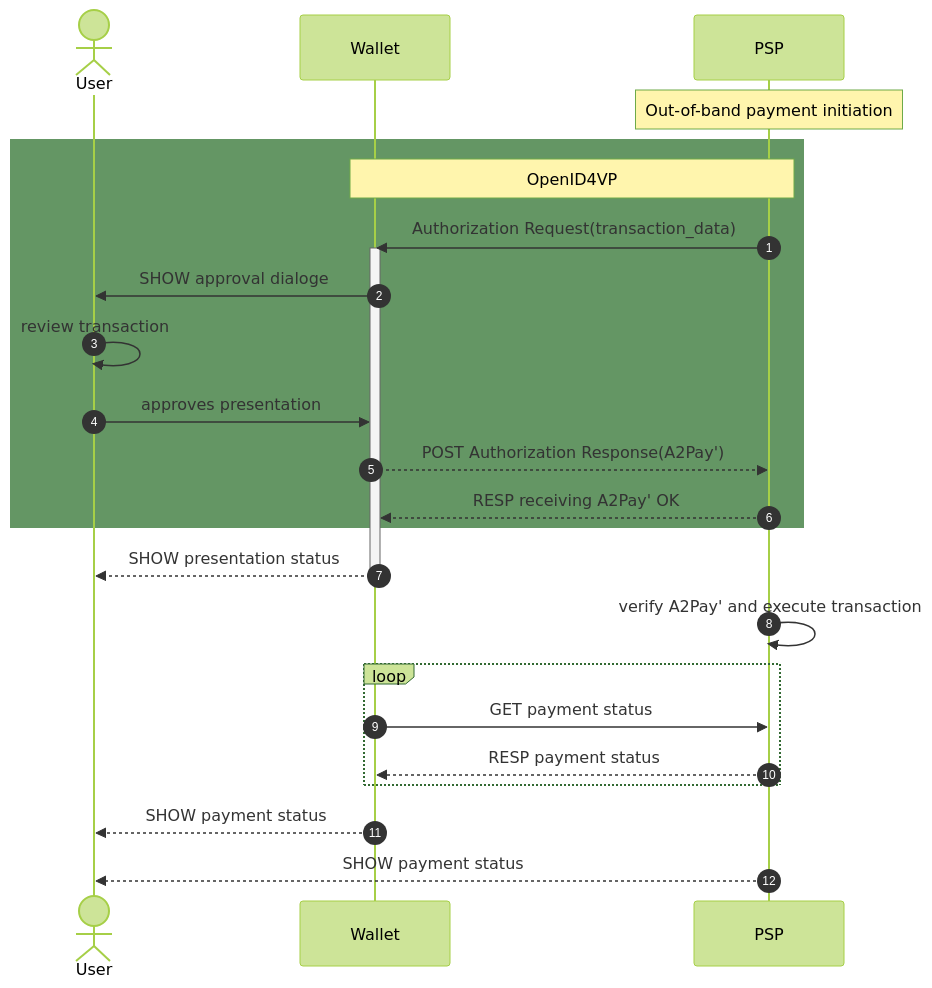
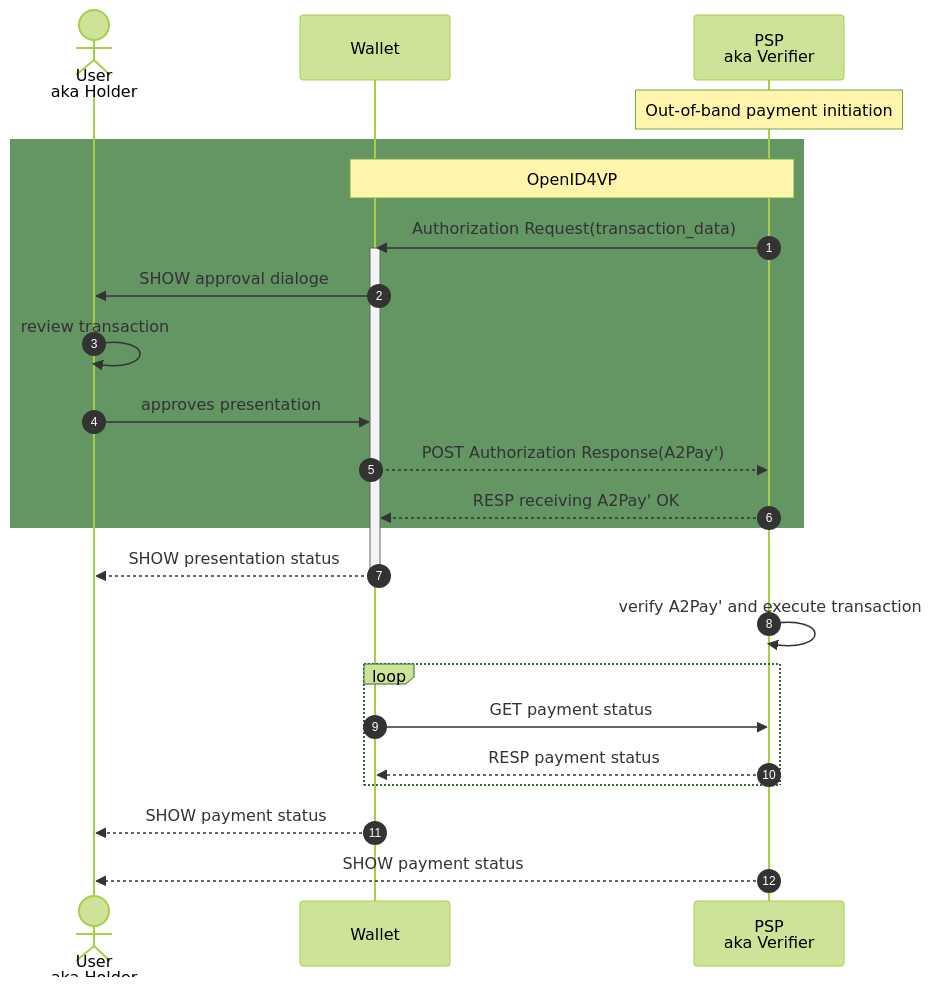
Before and after one commit to nobid-consortium/payment-reference-documentation: the first of 2 diagrams in payment-reference-doc.md, drawn with Mermaid (forest theme). The commit also changed other lines of this file, not shown here.

Commit message:
added alternative names

````diff
--- a/payment-reference-doc.md
+++ b/payment-reference-doc.md
@@ -259,29 +259,29 @@
 ```mermaid
 
 sequenceDiagram
     autonumber
-    actor user as User
-    participant wallet as Wallet
-    participant psp as PSP
+    actor user as User<br/>aka Holder
+    participant wallet as Wallet 
+    participant psp as PSP<br/>aka Verifier
 
     Note over psp: Out-of-band payment initiation
     rect rgb(100, 150, 100)
     note over wallet, psp: OpenID4VP
     psp ->> wallet: Authorization Request(transaction_data)
     activate wallet
     wallet ->> user: SHOW approval dialoge
     user ->> user: review transaction
     user ->> wallet: approves presentation
     wallet -->> psp: POST Authorization Response(A2Pay')
     psp -->> wallet: RESP receiving A2Pay' OK
     end
     wallet -->> user: SHOW presentation status
     deactivate wallet
     psp ->> psp: verify A2Pay' and execute transaction
     loop
     wallet ->> psp: GET payment status
     psp -->> wallet: RESP payment status 
     end
     wallet -->> user: SHOW payment status
     psp -->> user: SHOW payment status
 ```
````
